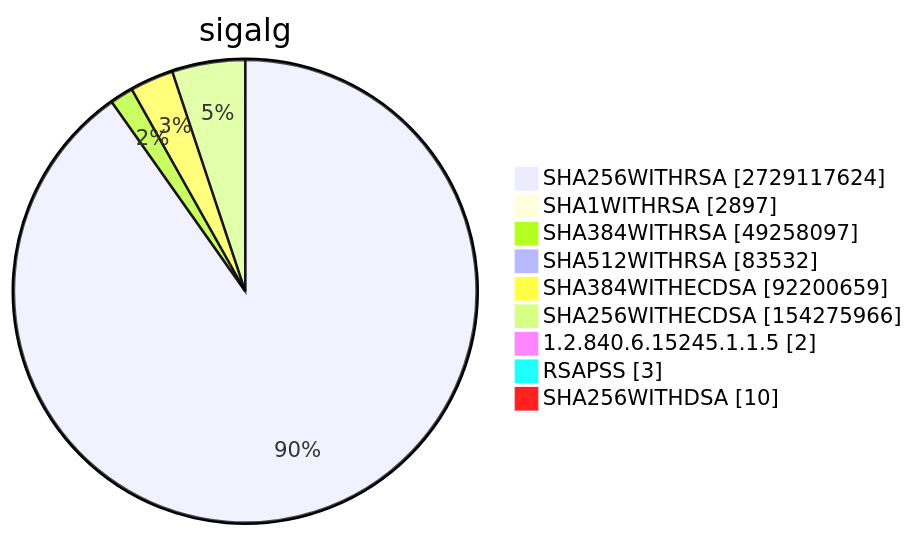
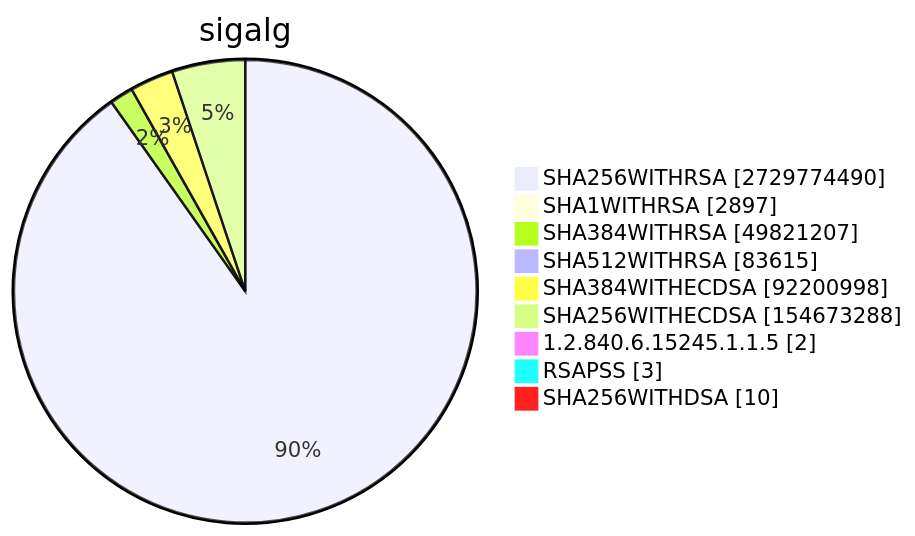
Diagram 15 of 15 in TOTAL/README.md (christiankrug/ctmonitor_visualization), drawn with Mermaid before and after one commit. The commit also changed other lines of this file, not shown here.

````diff
--- a/TOTAL/README.md
+++ b/TOTAL/README.md
@@ -6196,13 +6198,13 @@
 ```mermaid
 pie showData
 title sigalg
-"SHA256WITHRSA" :2729117624
+"SHA256WITHRSA" :2729774490
 "SHA1WITHRSA" :2897
-"SHA384WITHRSA" :49258097
-"SHA512WITHRSA" :83532
-"SHA384WITHECDSA" :92200659
-"SHA256WITHECDSA" :154275966
+"SHA384WITHRSA" :49821207
+"SHA512WITHRSA" :83615
+"SHA384WITHECDSA" :92200998
+"SHA256WITHECDSA" :154673288
 "1.2.840.6.15245.1.1.5" :2
 "RSAPSS" :3
 "SHA256WITHDSA" :10
 ```
````
